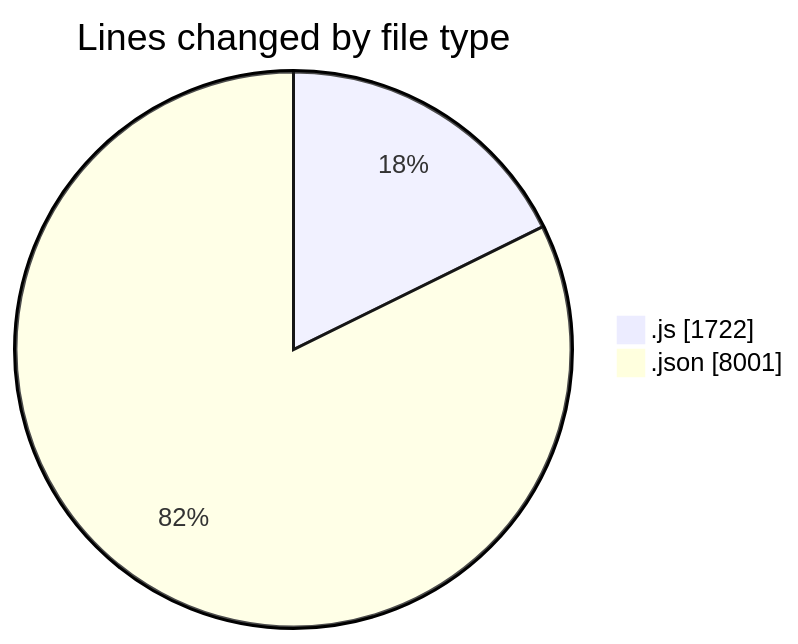
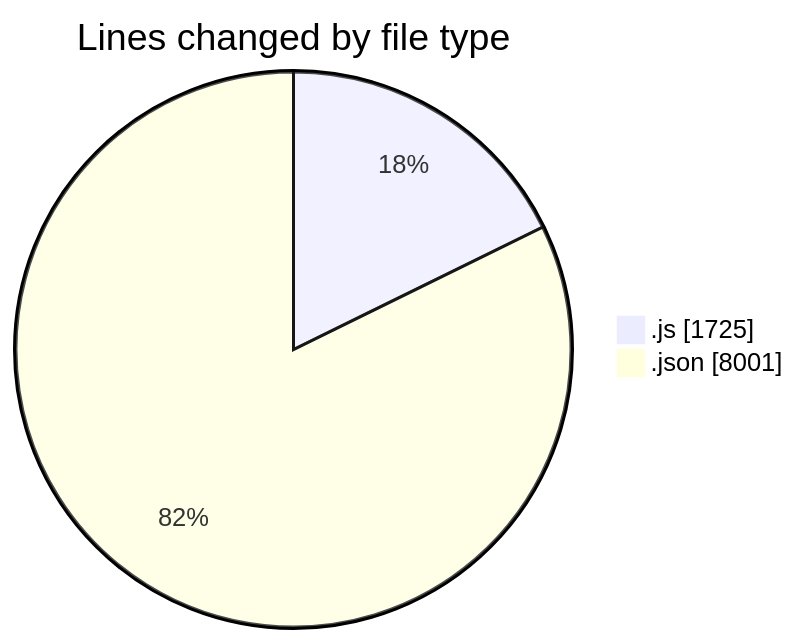
Before and after one commit to momahboobian/code-tracking: the first of 2 diagrams in 2025-01-11/good-pr/README.md, drawn with Mermaid. The commit also changed other lines of this file and 1 other file, not shown here.

````diff
--- a/2025-01-11/good-pr/README.md
+++ b/2025-01-11/good-pr/README.md
@@ -38,6 +38,6 @@
 ```mermaid
 pie showData
 title Lines changed by file type
-".js" : 1722
+".js" : 1725
 ".json" : 8001
 ```
````
